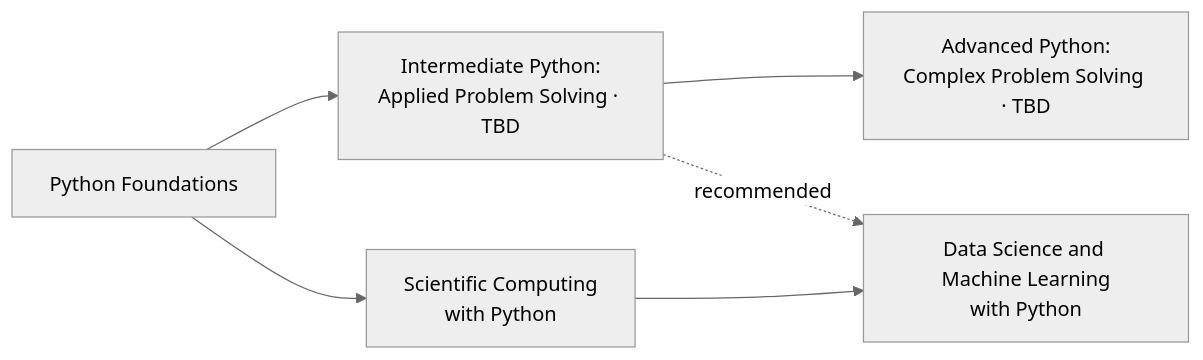
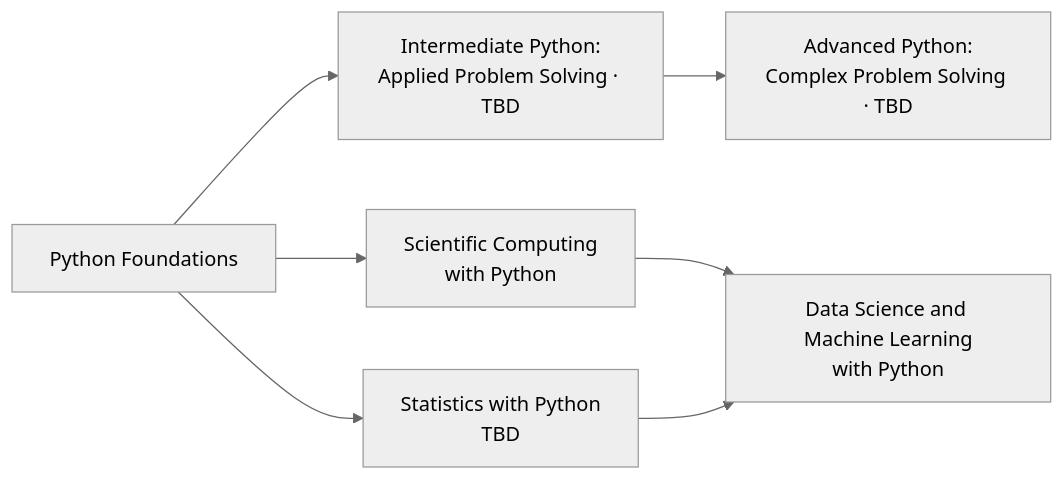
One commit to freecampus/python changed the diagram in docs/pathways/index.qmd. Above: the diagram before and after it, drawn with Mermaid (neutral theme). The commit also changed other lines of this file and 11 other files, not shown here.

````diff
--- a/docs/pathways/index.qmd
+++ b/docs/pathways/index.qmd
@@ -48,13 +67,16 @@
 ```{mermaid}
 %%| echo: false
 %%| eval: true
 flowchart LR
   F[Python Foundations]
   I[Intermediate Python:<br/>Applied Problem Solving · TBD]
   A[Advanced Python:<br/>Complex Problem Solving · TBD]
   S[Scientific Computing<br/>with Python]
+  T[Statistics with Python<br/>TBD]
   M[Data Science and Machine Learning<br/>with Python]
   F --> I --> A
-  F --> S --> M
-  I -. recommended .-> M
+  F --> S
+  F --> T
+  S --> M
+  T --> M
 ```
````
